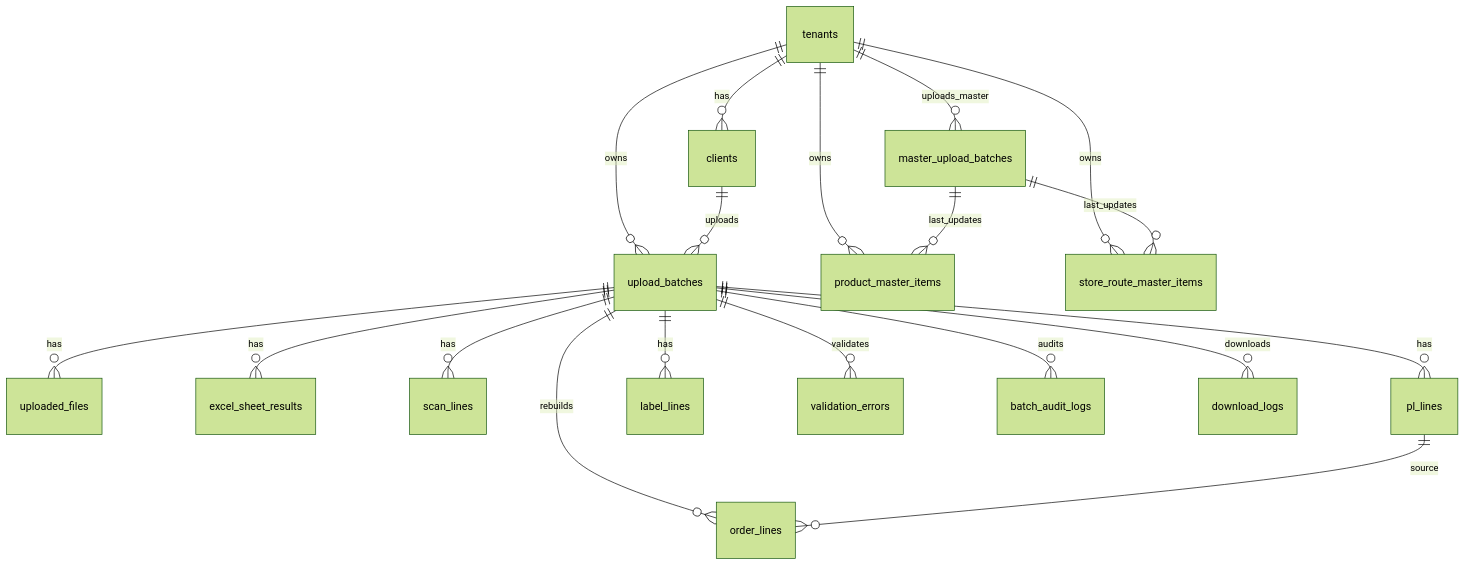
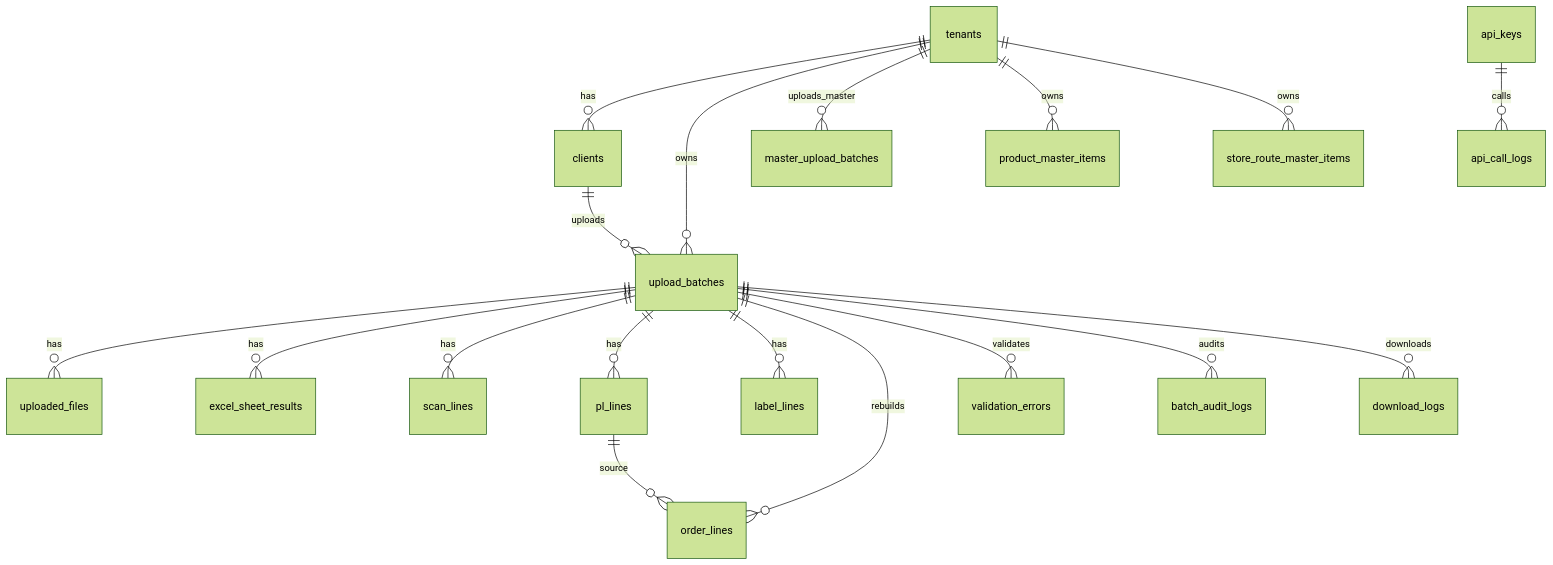
The diagram in docs/presentation/OMS_CURRENT_STATUS_PRESENTATION.md (mj-juyeong/oms-order-platform), drawn with Mermaid (forest theme) before and after one commit. The commit also changed other lines of this file and 9 other files, not shown here.

````diff
--- a/docs/presentation/OMS_CURRENT_STATUS_PRESENTATION.md
+++ b/docs/presentation/OMS_CURRENT_STATUS_PRESENTATION.md
@@ -150,21 +25,20 @@
 ```mermaid
 erDiagram
   tenants ||--o{ clients : has
   tenants ||--o{ upload_batches : owns
   clients ||--o{ upload_batches : uploads
   upload_batches ||--o{ uploaded_files : has
   upload_batches ||--o{ excel_sheet_results : has
   upload_batches ||--o{ scan_lines : has
   upload_batches ||--o{ pl_lines : has
   upload_batches ||--o{ label_lines : has
   upload_batches ||--o{ order_lines : rebuilds
   pl_lines ||--o{ order_lines : source
   tenants ||--o{ master_upload_batches : uploads_master
   tenants ||--o{ product_master_items : owns
   tenants ||--o{ store_route_master_items : owns
-  master_upload_batches ||--o{ product_master_items : last_updates
-  master_upload_batches ||--o{ store_route_master_items : last_updates
   upload_batches ||--o{ validation_errors : validates
   upload_batches ||--o{ batch_audit_logs : audits
   upload_batches ||--o{ download_logs : downloads
+  api_keys ||--o{ api_call_logs : calls
 ```
````
